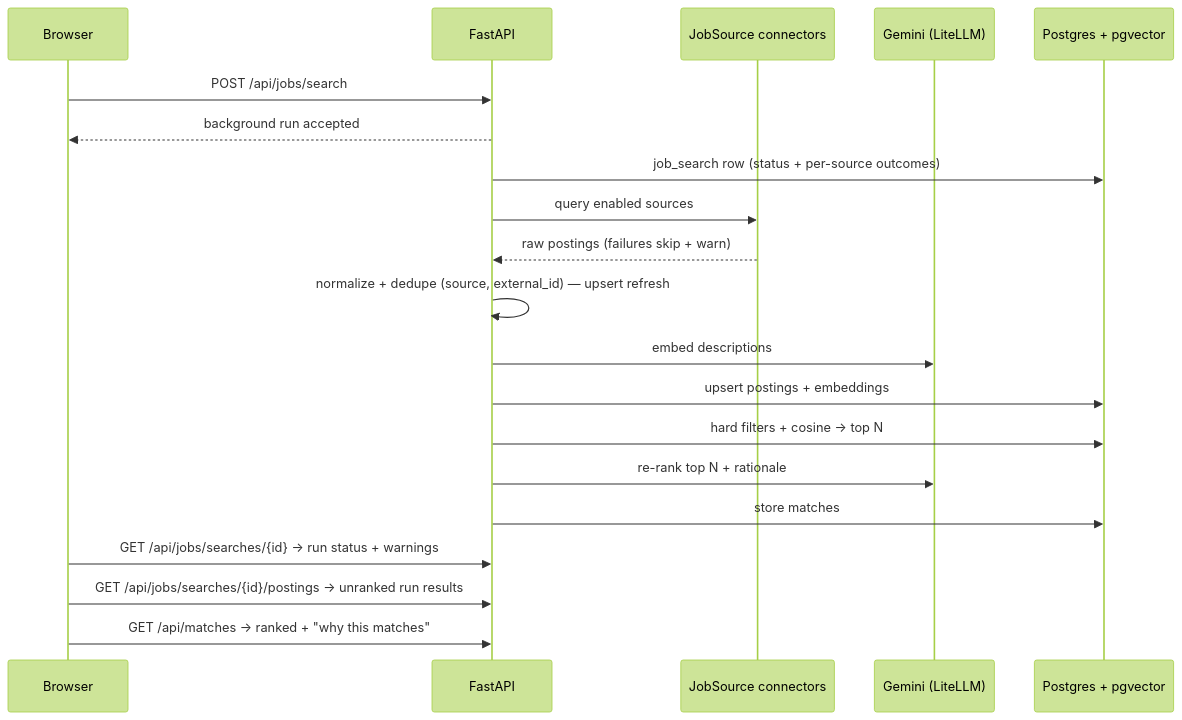
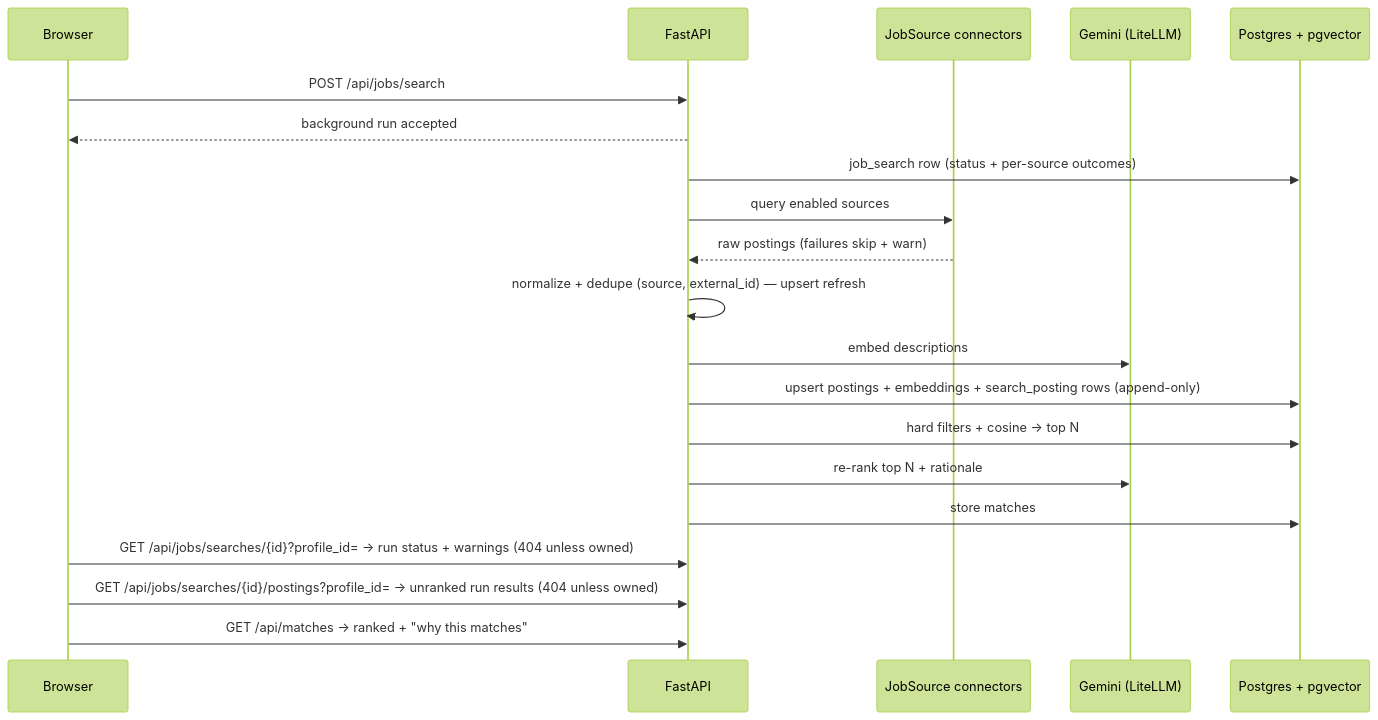
Before and after one commit to MSVhora/ai_job_assistant: the third of 4 diagrams in docs/architecture.md, drawn with Mermaid (forest theme). The commit also changed other lines of this file and 16 other files, not shown here.

First line of the commit message:
feat(v3/24): profile-scoped searches — owned runs, append-only search_posting

````diff
--- a/docs/architecture.md
+++ b/docs/architecture.md
@@ -97,23 +97,23 @@
 ```mermaid
 sequenceDiagram
     participant B as Browser
     participant A as FastAPI
     participant C as JobSource connectors
     participant G as Gemini (LiteLLM)
     participant D as Postgres + pgvector
 
     B->>A: POST /api/jobs/search
     A-->>B: background run accepted
     A->>D: job_search row (status + per-source outcomes)
     A->>C: query enabled sources
     C-->>A: raw postings (failures skip + warn)
     A->>A: normalize + dedupe (source, external_id) — upsert refresh
     A->>G: embed descriptions
-    A->>D: upsert postings + embeddings
+    A->>D: upsert postings + embeddings + search_posting rows (append-only)
     A->>D: hard filters + cosine → top N
     A->>G: re-rank top N + rationale
     A->>D: store matches
-    B->>A: GET /api/jobs/searches/{id} → run status + warnings
-    B->>A: GET /api/jobs/searches/{id}/postings → unranked run results
+    B->>A: GET /api/jobs/searches/{id}?profile_id= → run status + warnings (404 unless owned)
+    B->>A: GET /api/jobs/searches/{id}/postings?profile_id= → unranked run results (404 unless owned)
     B->>A: GET /api/matches → ranked + "why this matches"
 ```
````
